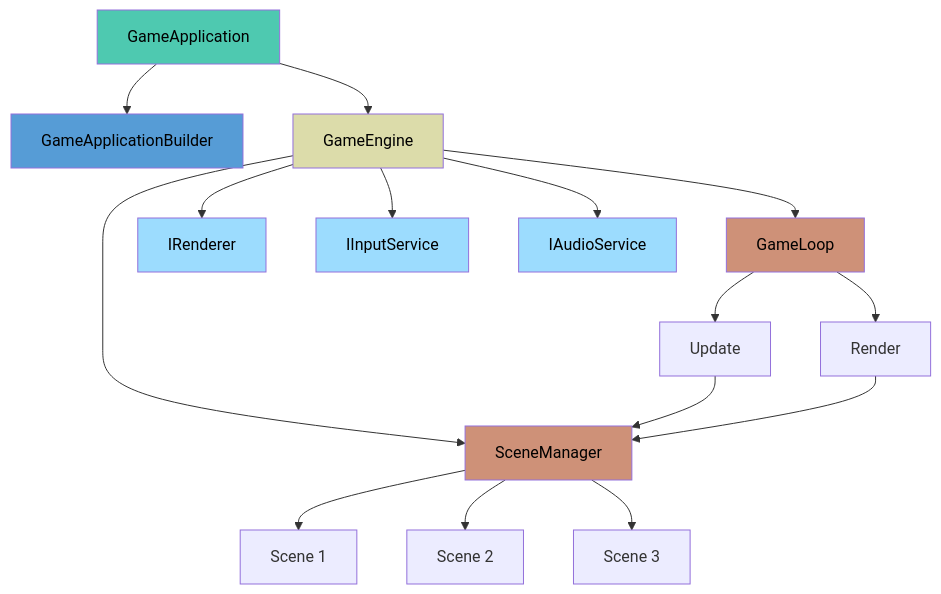
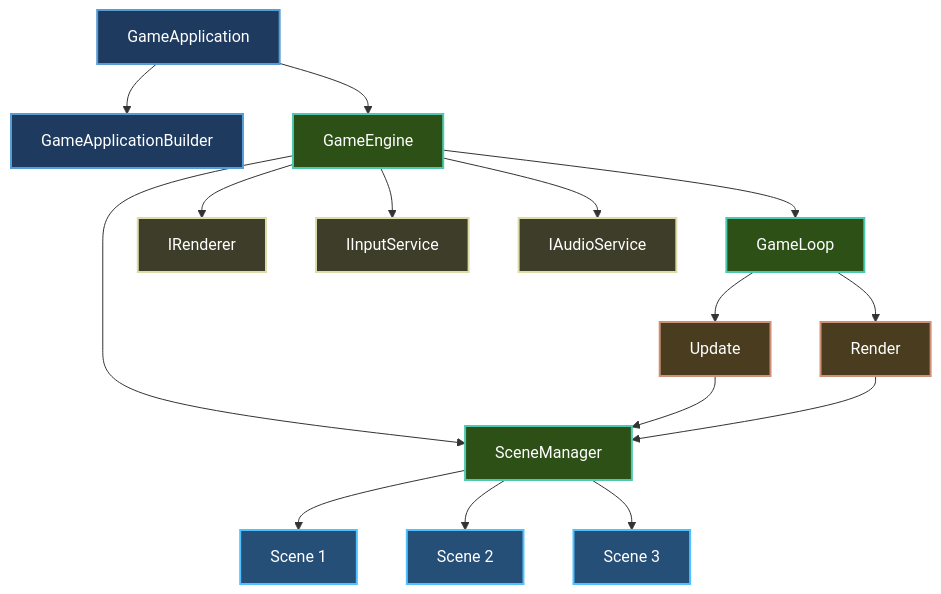
One commit to CrazyPickleStudios/Brine2D-Documentation changed the first of 4 diagrams in docs/concepts/index.md. Above: the diagram before and after it, drawn with Mermaid. The commit also changed other lines of this file and 9 other files, not shown here.

````diff
--- a/docs/concepts/index.md
+++ b/docs/concepts/index.md
@@ -14,29 +14,34 @@
 ```mermaid
 graph TD
     A["GameApplication"] --> B["GameApplicationBuilder"]
     A --> C["GameEngine"]
     C --> D["GameLoop"]
     C --> E["SceneManager"]
     C --> F["IRenderer"]
     C --> G["IInputService"]
     C --> H["IAudioService"]
     
     E --> I["Scene 1"]
     E --> J["Scene 2"]
     E --> K["Scene 3"]
     
     D --> L["Update"]
     D --> M["Render"]
     
     L --> E
     M --> E
-    
-    style A fill:#4ec9b0,color:#000
-    style B fill:#569cd6,color:#000
-    style C fill:#dcdcaa,color:#000
-    style D fill:#ce9178,color:#000
-    style E fill:#ce9178,color:#000
-    style F fill:#9cdcfe,color:#000
-    style G fill:#9cdcfe,color:#000
-    style H fill:#9cdcfe,color:#000
+
+    style A fill:#1e3a5f,stroke:#569cd6,stroke-width:2px,color:#fff
+style B fill:#1e3a5f,stroke:#569cd6,stroke-width:2px,color:#fff
+style C fill:#2d5016,stroke:#4ec9b0,stroke-width:2px,color:#fff
+style D fill:#2d5016,stroke:#4ec9b0,stroke-width:2px,color:#fff
+style E fill:#2d5016,stroke:#4ec9b0,stroke-width:2px,color:#fff
+style F fill:#3d3d2a,stroke:#dcdcaa,stroke-width:2px,color:#fff
+style G fill:#3d3d2a,stroke:#dcdcaa,stroke-width:2px,color:#fff
+style H fill:#3d3d2a,stroke:#dcdcaa,stroke-width:2px,color:#fff
+style I fill:#264f78,stroke:#4fc1ff,stroke-width:2px,color:#fff
+style J fill:#264f78,stroke:#4fc1ff,stroke-width:2px,color:#fff
+style K fill:#264f78,stroke:#4fc1ff,stroke-width:2px,color:#fff
+style L fill:#4a3d1f,stroke:#ce9178,stroke-width:2px,color:#fff
+style M fill:#4a3d1f,stroke:#ce9178,stroke-width:2px,color:#fff
 ```
````
